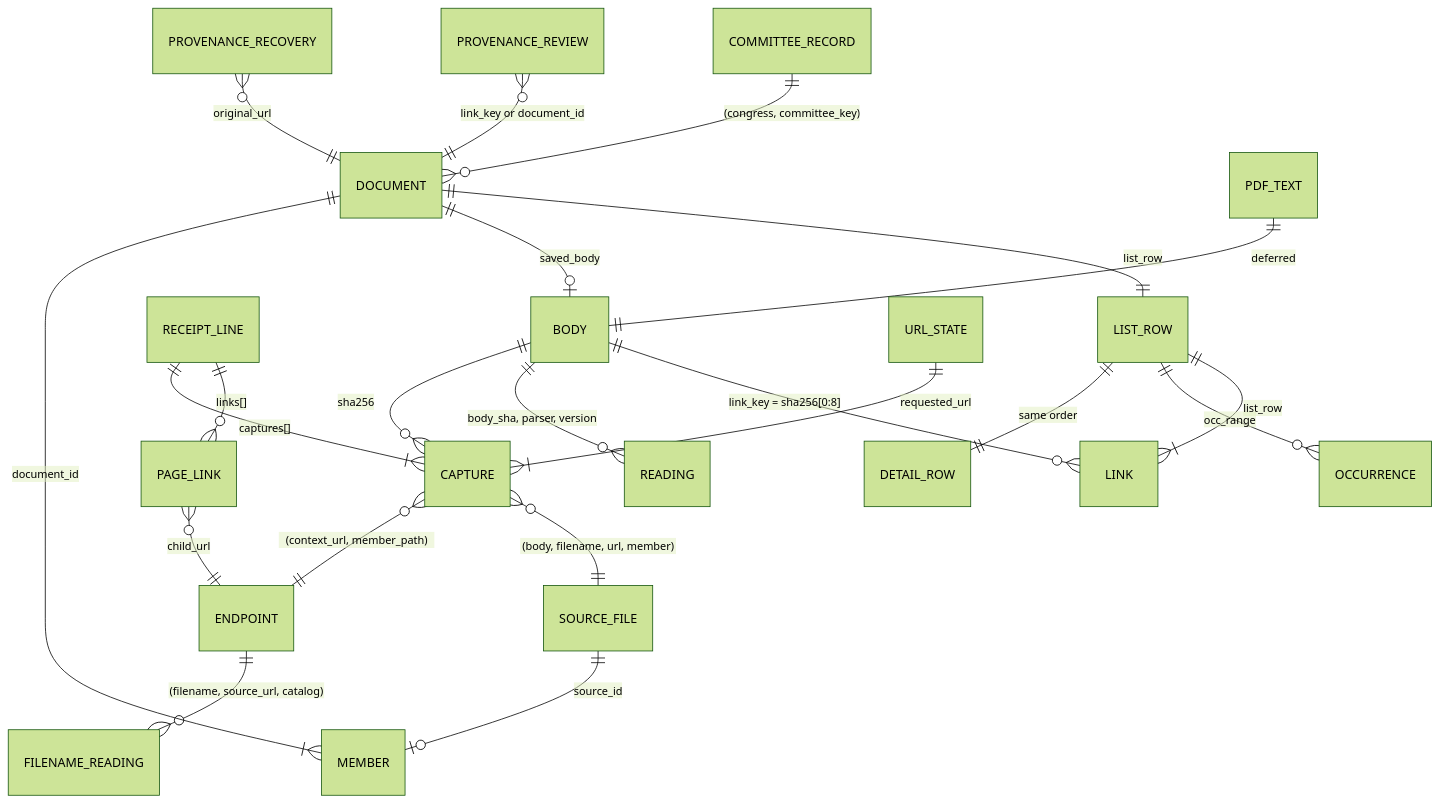
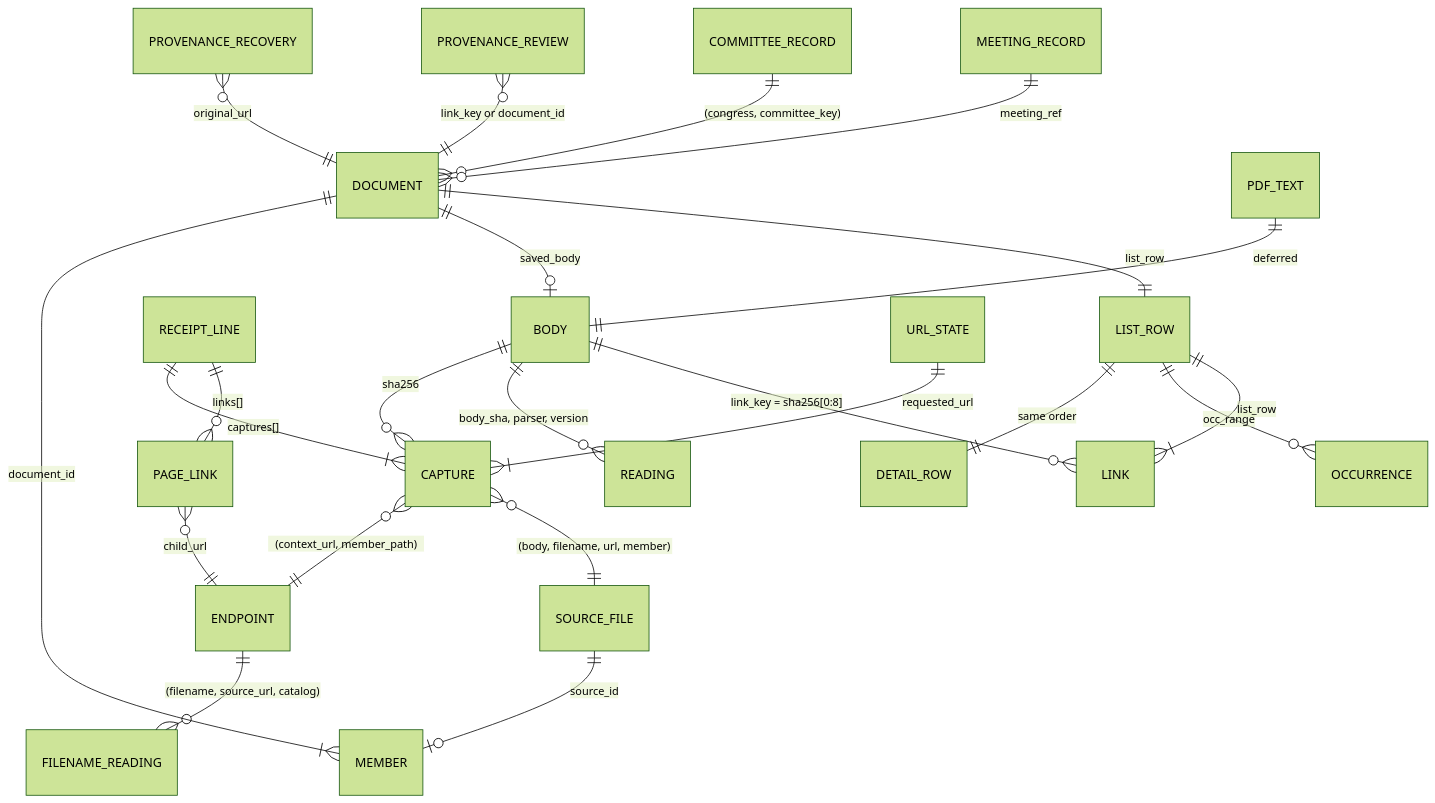
Before and after one commit to civictechdc/congressional-tech: the diagram in docs/engine-first-data-model.md, drawn with Mermaid (forest theme). The commit also changed other lines of this file and 2 other files, not shown here.

````diff
--- a/docs/engine-first-data-model.md
+++ b/docs/engine-first-data-model.md
@@ -544,24 +621,25 @@
 ```mermaid
 erDiagram
   BODY ||--o{ CAPTURE : "sha256"
   RECEIPT_LINE ||--|{ CAPTURE : "captures[]"
   RECEIPT_LINE ||--o{ PAGE_LINK : "links[]"
   CAPTURE }o--|| ENDPOINT : "(context_url, member_path)"
   PAGE_LINK }o--|| ENDPOINT : "child_url"
   BODY ||--o{ READING : "body_sha, parser, version"
   ENDPOINT ||--o{ FILENAME_READING : "(filename, source_url, catalog)"
   CAPTURE }o--|| SOURCE_FILE : "(body, filename, url, member)"
   SOURCE_FILE ||--o| MEMBER : "source_id"
   DOCUMENT ||--|{ MEMBER : "document_id"
   DOCUMENT ||--o| BODY : "saved_body"
   DOCUMENT ||--|| LIST_ROW : "list_row"
   LIST_ROW ||--|| DETAIL_ROW : "same order"
   LIST_ROW ||--o{ OCCURRENCE : "occ_range"
   LIST_ROW ||--|{ LINK : "list_row"
   BODY ||--o{ LINK : "link_key = sha256[0:8]"
   PROVENANCE_RECOVERY }o--|| DOCUMENT : "original_url"
   PROVENANCE_REVIEW }o--|| DOCUMENT : "link_key or document_id"
   URL_STATE ||--|{ CAPTURE : "requested_url"
   PDF_TEXT ||--|| BODY : "deferred"
   COMMITTEE_RECORD ||--o{ DOCUMENT : "(congress, committee_key)"
+  MEETING_RECORD ||--o{ DOCUMENT : "meeting_ref"
 ```
````
